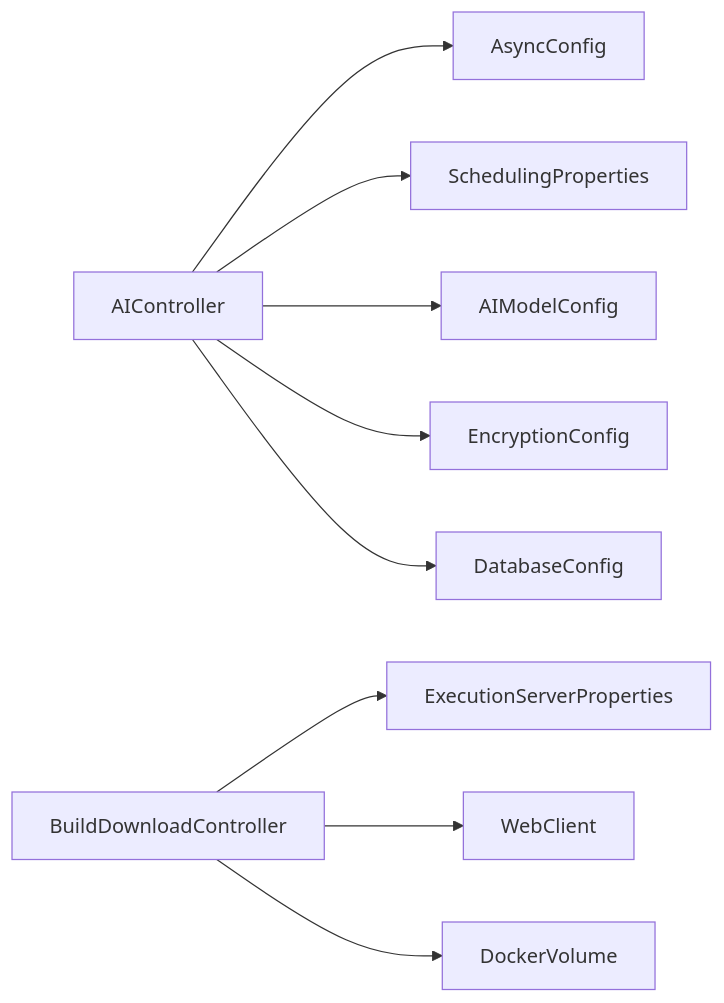
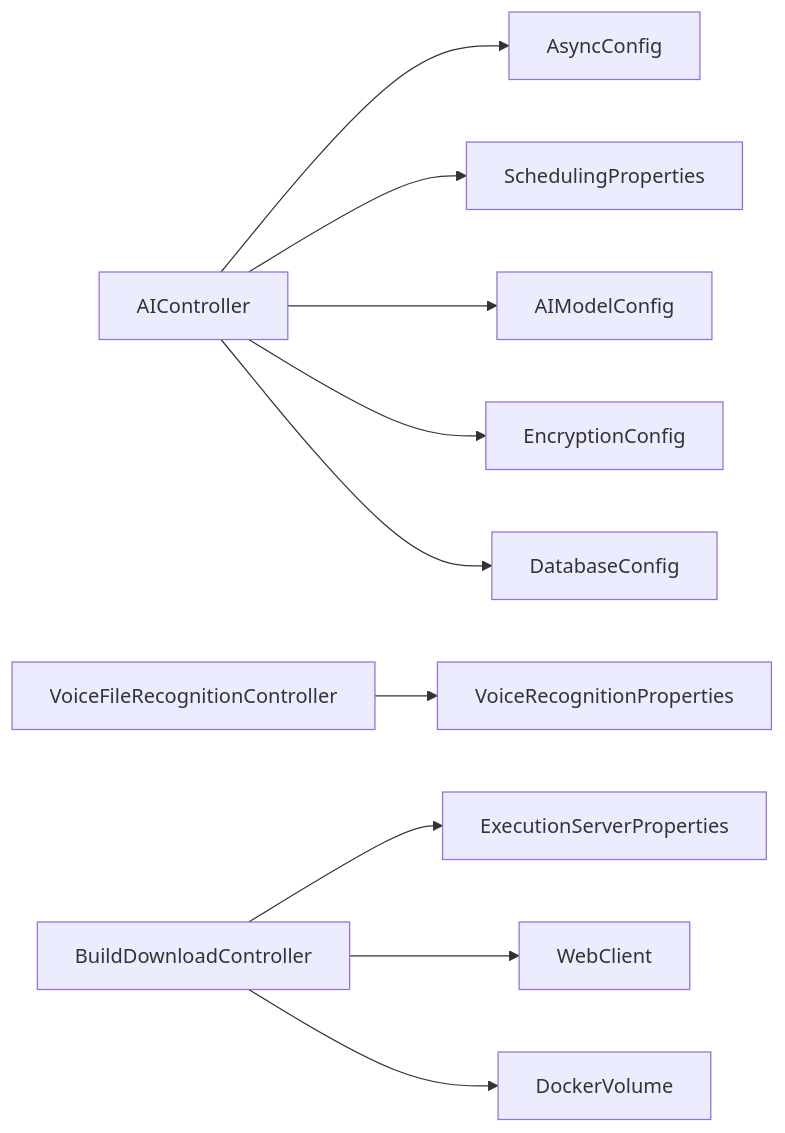
Before and after one commit to liuzh2008/med_ai_assistant_workspace: the tenth of 10 diagrams in .qoder/repowiki/zh/content/核心功能模块/核心功能模块.md, drawn with Mermaid. The commit also changed other lines of this file and 4 other files, not shown here.

````diff
--- a/.qoder/repowiki/zh/content/核心功能模块/核心功能模块.md
+++ b/.qoder/repowiki/zh/content/核心功能模块/核心功能模块.md
@@ -533,11 +602,12 @@
 ```mermaid
 graph LR
 AIController --> AsyncConfig
 AIController --> SchedulingProperties
 AIController --> AIModelConfig
 AIController --> EncryptionConfig
 AIController --> DatabaseConfig
+VoiceFileRecognitionController --> VoiceRecognitionProperties
 BuildDownloadController --> ExecutionServerProperties
 BuildDownloadController --> WebClient
 BuildDownloadController --> DockerVolume
 ```
````
